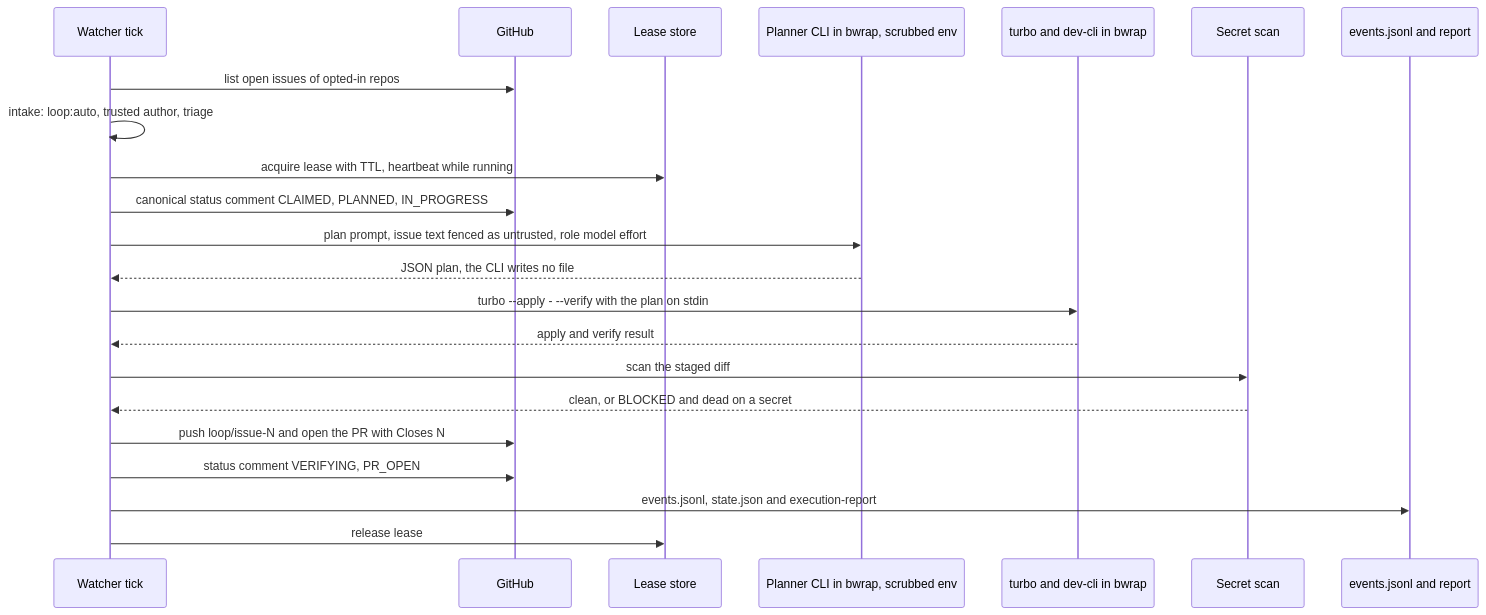
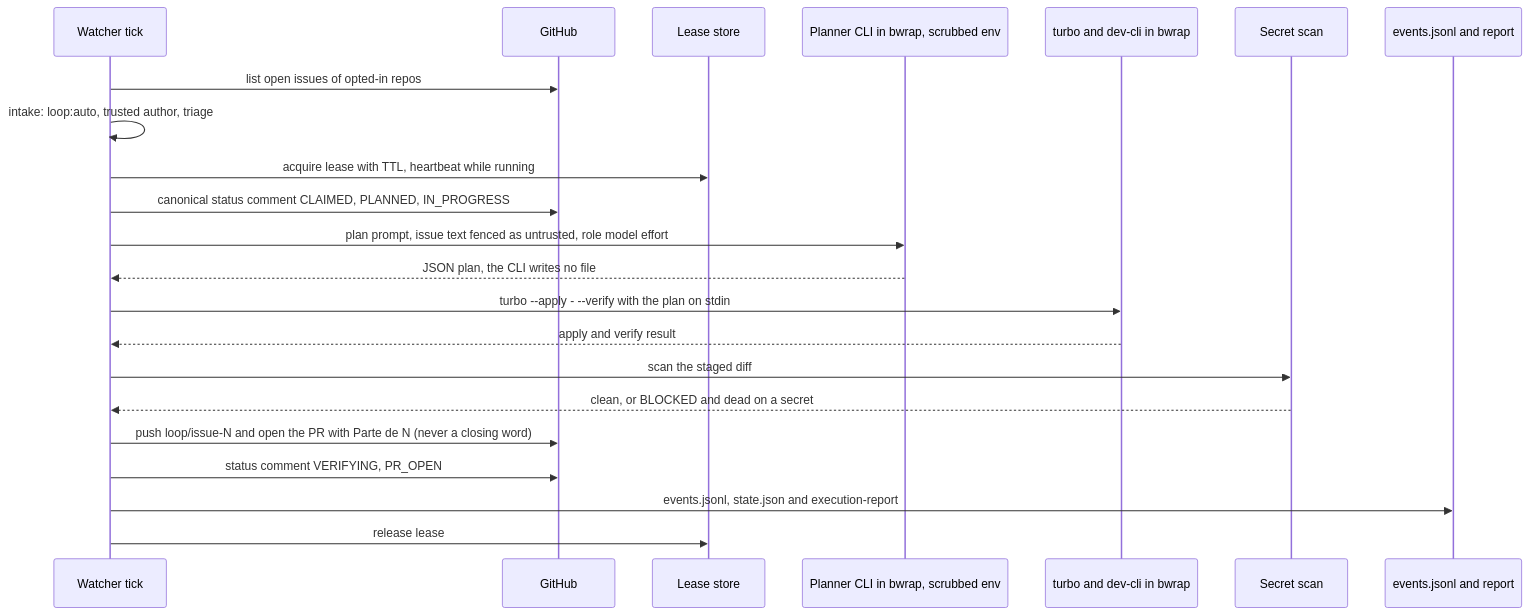
Before and after one commit to simpletibr/simplicio-loop: the third of 16 diagrams in docs/GUIDE.md, drawn with Mermaid. The commit also changed 4 other files, not shown here.

````diff
--- a/docs/GUIDE.md
+++ b/docs/GUIDE.md
@@ -111,24 +111,24 @@
 ```mermaid
 sequenceDiagram
   participant W as Watcher tick
   participant GH as GitHub
   participant L as Lease store
   participant P as Planner CLI in bwrap, scrubbed env
   participant T as turbo and dev-cli in bwrap
   participant S as Secret scan
   participant D as events.jsonl and report
   W->>GH: list open issues of opted-in repos
   W->>W: intake: loop:auto, trusted author, triage
   W->>L: acquire lease with TTL, heartbeat while running
   W->>GH: canonical status comment CLAIMED, PLANNED, IN_PROGRESS
   W->>P: plan prompt, issue text fenced as untrusted, role model effort
   P-->>W: JSON plan, the CLI writes no file
   W->>T: turbo --apply - --verify with the plan on stdin
   T-->>W: apply and verify result
   W->>S: scan the staged diff
   S-->>W: clean, or BLOCKED and dead on a secret
-  W->>GH: push loop/issue-N and open the PR with Closes N
+  W->>GH: push loop/issue-N and open the PR with Parte de N (never a closing word)
   W->>GH: status comment VERIFYING, PR_OPEN
   W->>D: events.jsonl, state.json and execution-report
   W->>L: release lease
 ```
````
